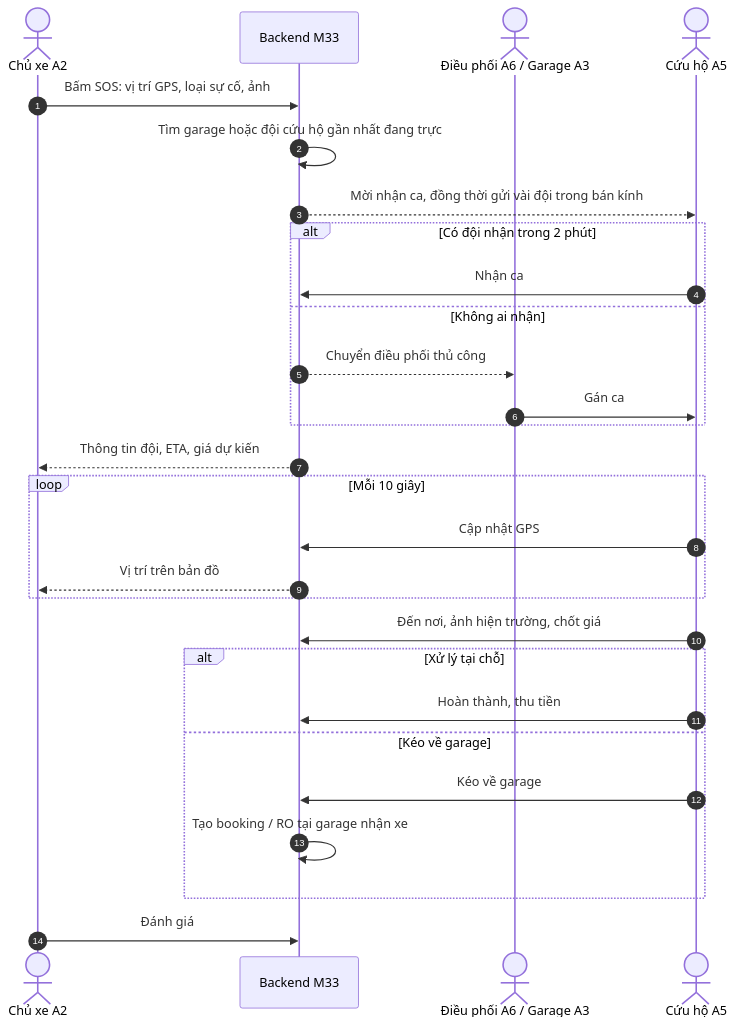
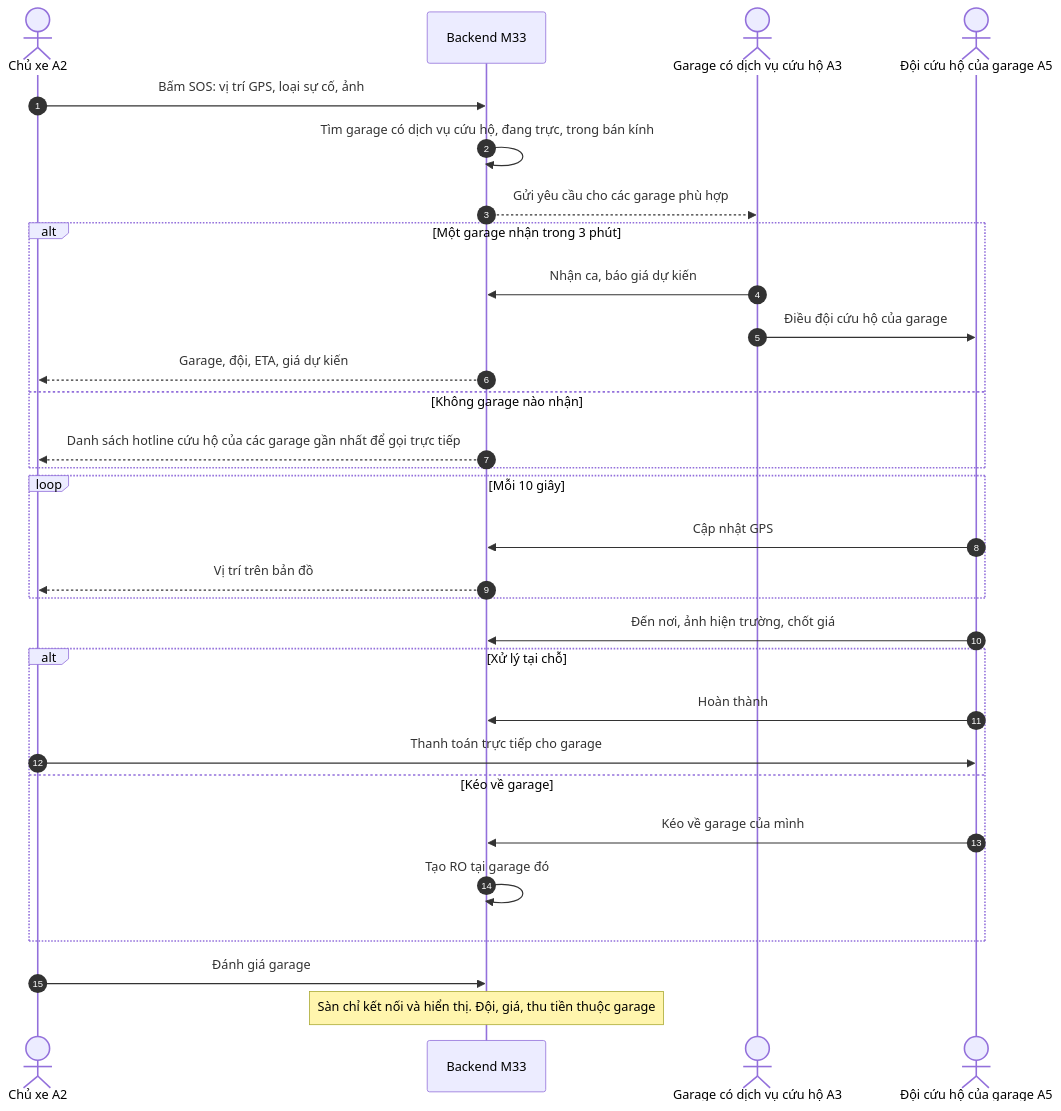
The fifth of 9 diagrams in docs/04-luong-nghiep-vu.md (south93/cardiy-crm), drawn with Mermaid before and after one commit. The commit also changed other lines of this file and 9 other files, not shown here.

First line of the commit message:
Cập nhật đặc tả: sàn chỉ là trung gian, cứu hộ là dịch vụ của garage; thêm lộ trình

````diff
--- a/docs/04-luong-nghiep-vu.md
+++ b/docs/04-luong-nghiep-vu.md
@@ -146,31 +141,33 @@
 ```mermaid
 sequenceDiagram
   autonumber
   actor CX as Chủ xe A2
   participant API as Backend M33
-  actor DP as Điều phối A6 / Garage A3
-  actor CH as Cứu hộ A5
+  actor G as Garage có dịch vụ cứu hộ A3
+  actor CH as Đội cứu hộ của garage A5
 
   CX->>API: Bấm SOS: vị trí GPS, loại sự cố, ảnh
-  API->>API: Tìm garage hoặc đội cứu hộ gần nhất đang trực
-  API-->>CH: Mời nhận ca, đồng thời gửi vài đội trong bán kính
-  alt Có đội nhận trong 2 phút
-    CH->>API: Nhận ca
-  else Không ai nhận
-    API-->>DP: Chuyển điều phối thủ công
-    DP->>CH: Gán ca
+  API->>API: Tìm garage có dịch vụ cứu hộ, đang trực, trong bán kính
+  API-->>G: Gửi yêu cầu cho các garage phù hợp
+  alt Một garage nhận trong 3 phút
+    G->>API: Nhận ca, báo giá dự kiến
+    G->>CH: Điều đội cứu hộ của garage
+    API-->>CX: Garage, đội, ETA, giá dự kiến
+  else Không garage nào nhận
+    API-->>CX: Danh sách hotline cứu hộ của các garage gần nhất để gọi trực tiếp
   end
-  API-->>CX: Thông tin đội, ETA, giá dự kiến
   loop Mỗi 10 giây
     CH->>API: Cập nhật GPS
     API-->>CX: Vị trí trên bản đồ
   end
   CH->>API: Đến nơi, ảnh hiện trường, chốt giá
   alt Xử lý tại chỗ
-    CH->>API: Hoàn thành, thu tiền
+    CH->>API: Hoàn thành
+    CX->>CH: Thanh toán trực tiếp cho garage
   else Kéo về garage
-    CH->>API: Kéo về garage
-    API->>API: Tạo booking / RO tại garage nhận xe
+    CH->>API: Kéo về garage của mình
+    API->>API: Tạo RO tại garage đó
   end
-  CX->>API: Đánh giá
+  CX->>API: Đánh giá garage
+  Note over API: Sàn chỉ kết nối và hiển thị. Đội, giá, thu tiền thuộc garage
 ```
````
